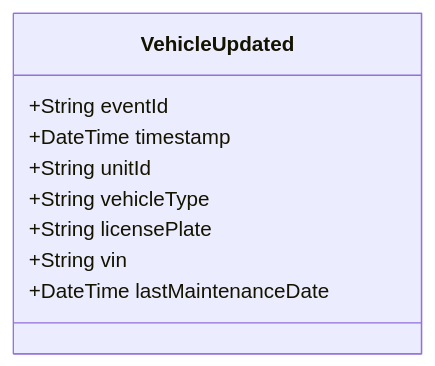
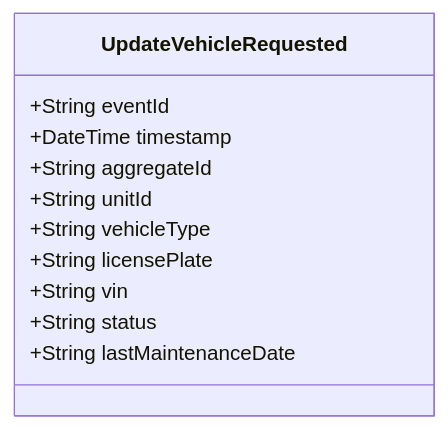
One commit to pgraff/police-system changed the diagram in doc/events/VehicleUpdated.md. Above: the diagram before and after it, drawn with Mermaid. The commit also changed other lines of this file and 58 other files, not shown here.

````diff
--- a/doc/events/VehicleUpdated.md
+++ b/doc/events/VehicleUpdated.md
@@ -9,12 +9,14 @@
 ```mermaid
 classDiagram
-    class VehicleUpdated {
+    class UpdateVehicleRequested {
         +String eventId
         +DateTime timestamp
+        +String aggregateId
         +String unitId
         +String vehicleType
         +String licensePlate
         +String vin
-        +DateTime lastMaintenanceDate
+        +String status
+        +String lastMaintenanceDate
     }
 ```
````
